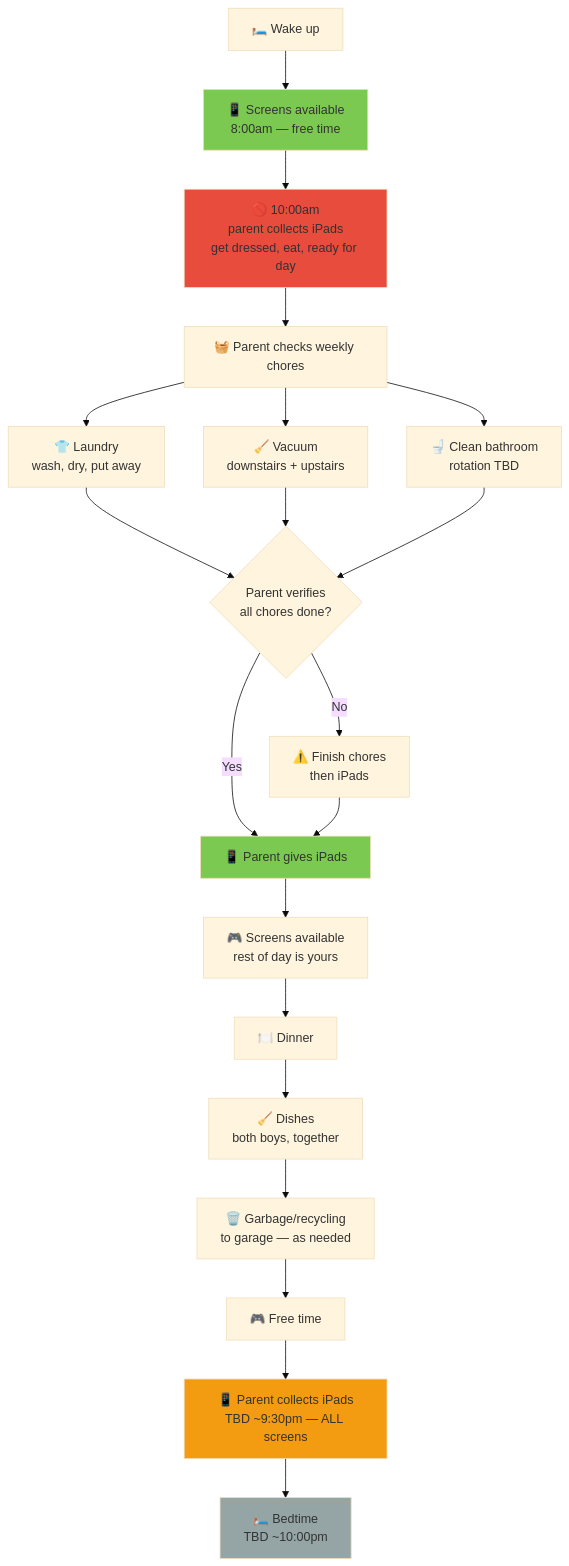
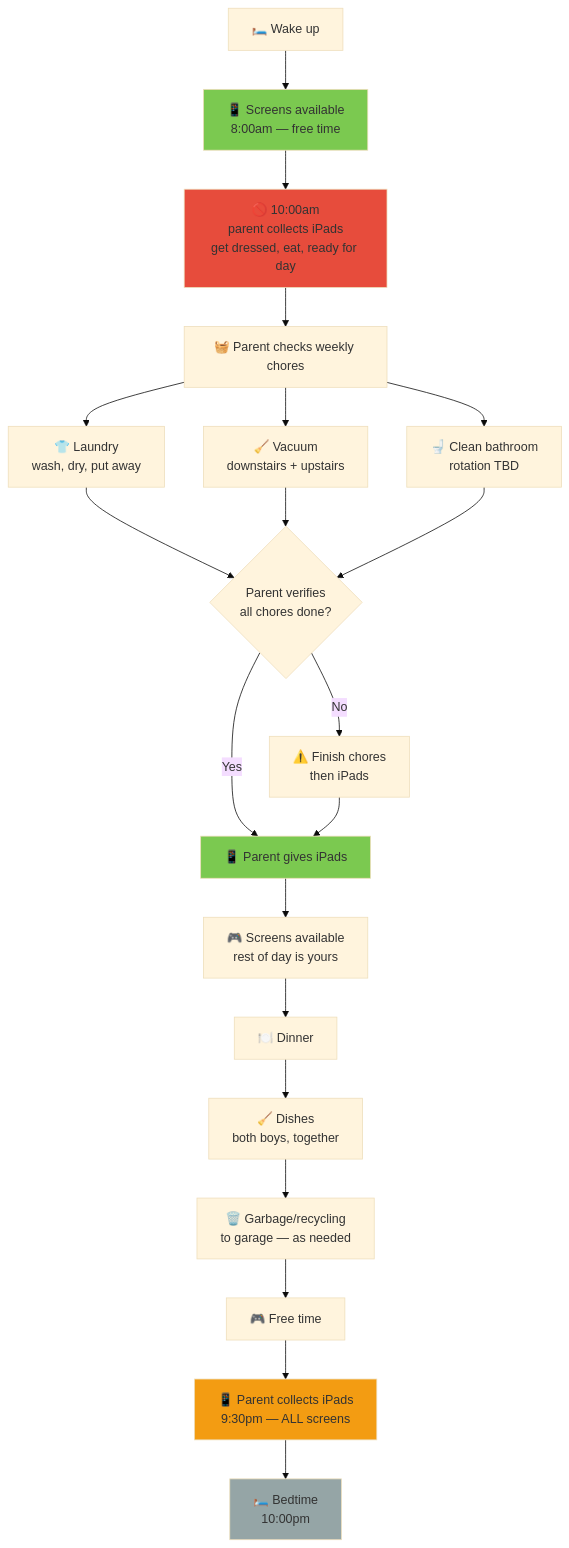
Before and after one commit to ajass/technology-reset: the first of 2 diagrams in day-types/02-saturday.md, drawn with Mermaid (base theme). The commit also changed other lines of this file and 3 other files, not shown here.

First line of the commit message:
Set concrete bedtimes, remove all TBD

````diff
--- a/day-types/02-saturday.md
+++ b/day-types/02-saturday.md
@@ -17,28 +17,28 @@
 ```mermaid
 flowchart TD
     A["🛏️ Wake up"] --> AM["📱 Screens available<br/>8:00am — free time"]
     AM --> C["🚫 10:00am<br/>parent collects iPads<br/>get dressed, eat, ready for day"]
     C --> D["🧺 Parent checks weekly chores"]
     D --> D1["👕 Laundry<br/>wash, dry, put away"]
     D --> D2["🧹 Vacuum<br/>downstairs + upstairs"]
     D --> D3["🚽 Clean bathroom<br/>rotation TBD"]
     D1 --> E{"Parent verifies<br/>all chores done?"}
     D2 --> E
     D3 --> E
     E -->|Yes| DG["📱 Parent gives iPads"]
     E -->|No| G["⚠️ Finish chores<br/>then iPads"]
     G --> DG
     DG --> F["🎮 Screens available<br/>rest of day is yours"]
     F --> H["🍽️ Dinner"]
     H --> J["🧹 Dishes<br/>both boys, together"]
     J --> K["🗑️ Garbage/recycling<br/>to garage — as needed"]
     K --> L["🎮 Free time"]
-    L --> M["📱 Parent collects iPads<br/>TBD ~9:30pm — ALL screens"]
-    M --> N["🛏️ Bedtime<br/>TBD ~10:00pm"]
+    L --> M["📱 Parent collects iPads<br/>9:30pm — ALL screens"]
+    M --> N["🛏️ Bedtime<br/>10:00pm"]
 
     style AM fill:#7bc950
     style C fill:#e74c3c
     style DG fill:#7bc950
     style M fill:#f39c12
     style N fill:#95a5a6
 ```
````
